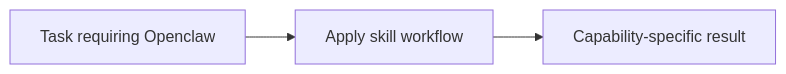
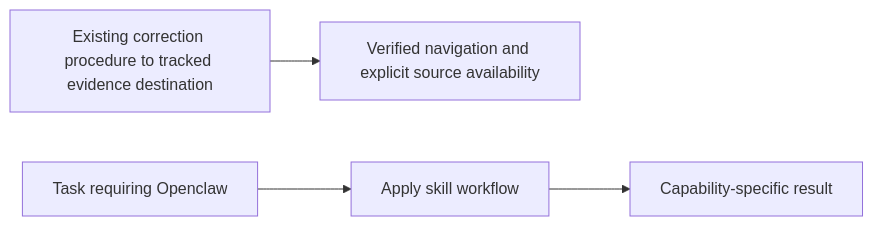
Before and after one commit to anoblet/copilot: the diagram in skills/openclaw/readme.md, drawn with Mermaid. The commit also changed other lines of this file and 11 other files, not shown here.

Commit message:
fix(docs): repair shared instruction and correction navigation

````diff
--- a/skills/openclaw/readme.md
+++ b/skills/openclaw/readme.md
@@ -8,5 +10,6 @@
 ```mermaid
 flowchart LR
+    NAV10["Existing correction procedure to tracked evidence destination"] --> NAV10OUT["Verified navigation and explicit source availability"]
     A["Task requiring Openclaw"] --> B["Apply skill workflow"]
     B --> C["Capability-specific result"]
 ```
````
